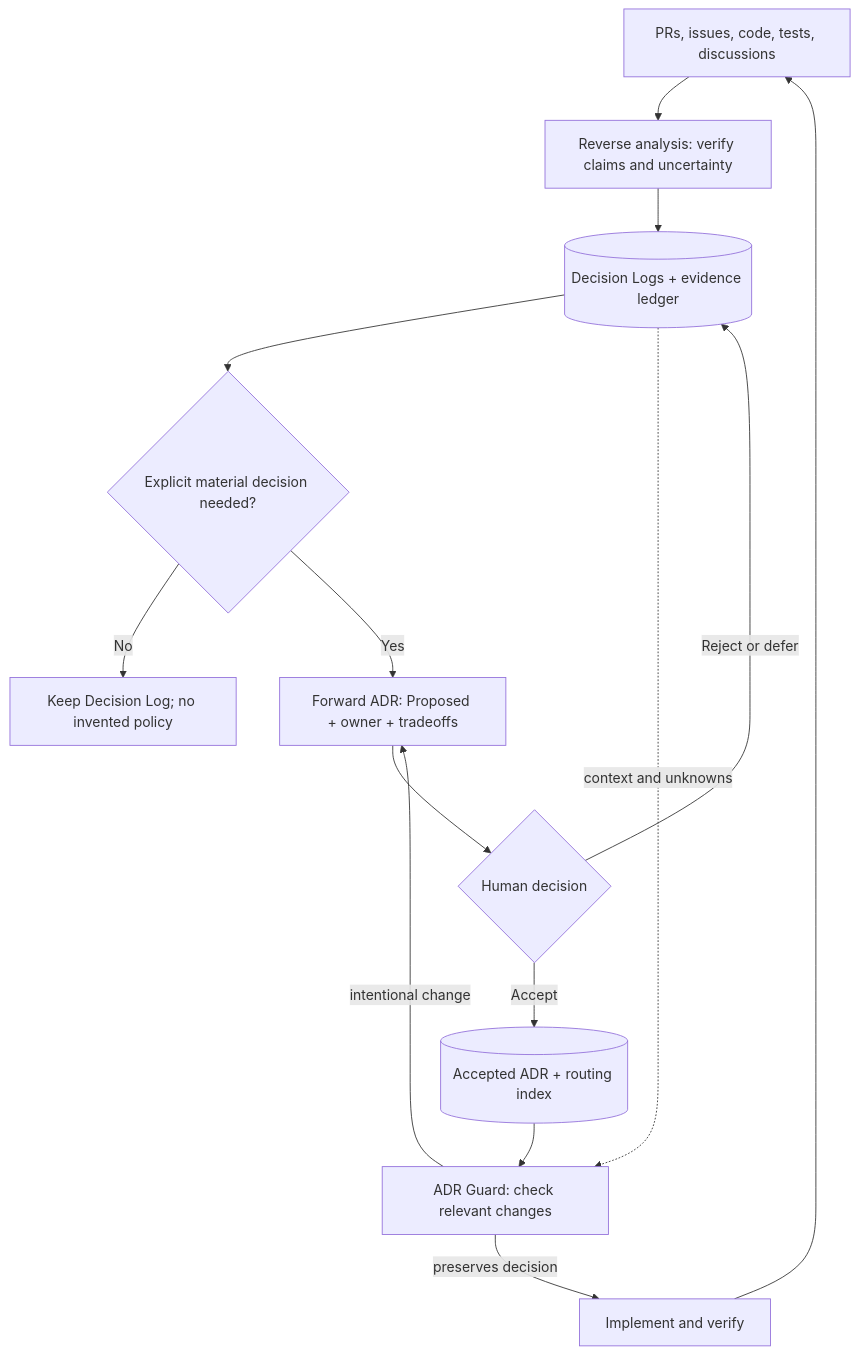
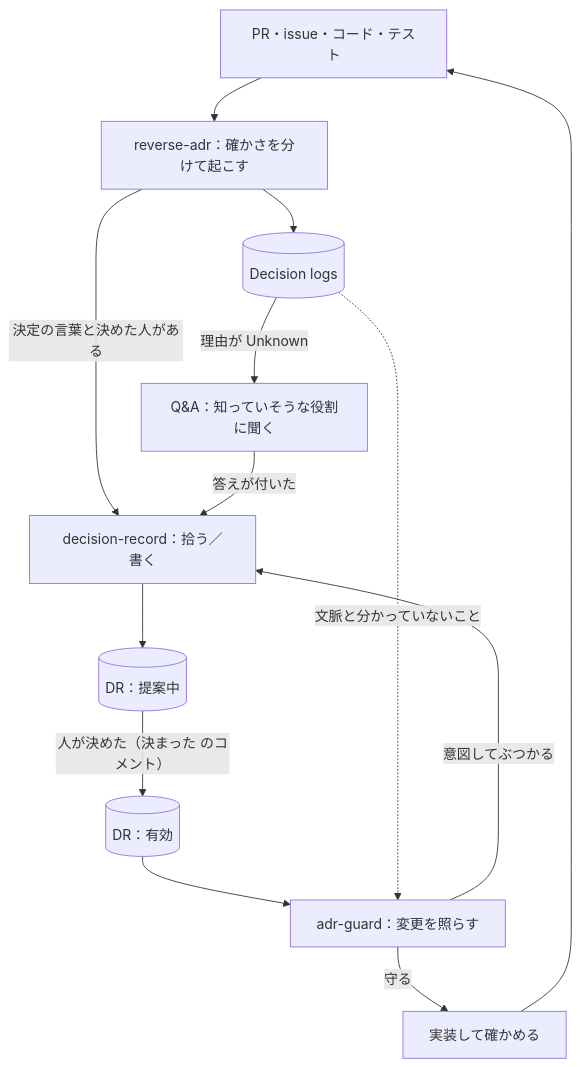
One commit to MichinaoShimizu/decision-continuity changed the diagram in adr/guide.md. Above: the diagram before and after it, drawn with Mermaid. The commit also changed other lines of this file and 27 other files, not shown here.

First line of the commit message:
Keep ADRs and Decision Logs in Discussions with decision-record (#10)

````diff
--- a/adr/guide.md
+++ b/adr/guide.md
@@ -19,16 +19,15 @@
 ```mermaid
 flowchart TD
-    S["PRs, issues, code, tests, discussions"] --> R["Reverse analysis: verify claims and uncertainty"]
-    R --> L[("Decision Logs + evidence ledger")]
-    L --> Q{"Explicit material decision needed?"}
-    Q -- "No" --> K["Keep Decision Log; no invented policy"]
-    Q -- "Yes" --> P["Forward ADR: Proposed + owner + tradeoffs"]
-    P --> H{"Human decision"}
-    H -- "Accept" --> A[("Accepted ADR + routing index")]
-    H -- "Reject or defer" --> L
-    A --> G["ADR Guard: check relevant changes"]
-    L -. "context and unknowns" .-> G
-    G -- "preserves decision" --> I["Implement and verify"]
-    G -- "intentional change" --> P
+    S["PR・issue・コード・テスト"] --> R["reverse-adr：確かさを分けて起こす"]
+    R --> L[("Decision logs")]
+    R -- "決定の言葉と決めた人がある" --> P
+    L -- "理由が Unknown" --> Q["Q&A：知っていそうな役割に聞く"]
+    Q -- "答えが付いた" --> P["decision-record：拾う／書く"]
+    P --> D[("DR：提案中")]
+    D -- "人が決めた（決まった のコメント）" --> A[("DR：有効")]
+    A --> G["adr-guard：変更を照らす"]
+    L -. "文脈と分かっていないこと" .-> G
+    G -- "守る" --> I["実装して確かめる"]
+    G -- "意図してぶつかる" --> P
     I --> S
 ```
````
